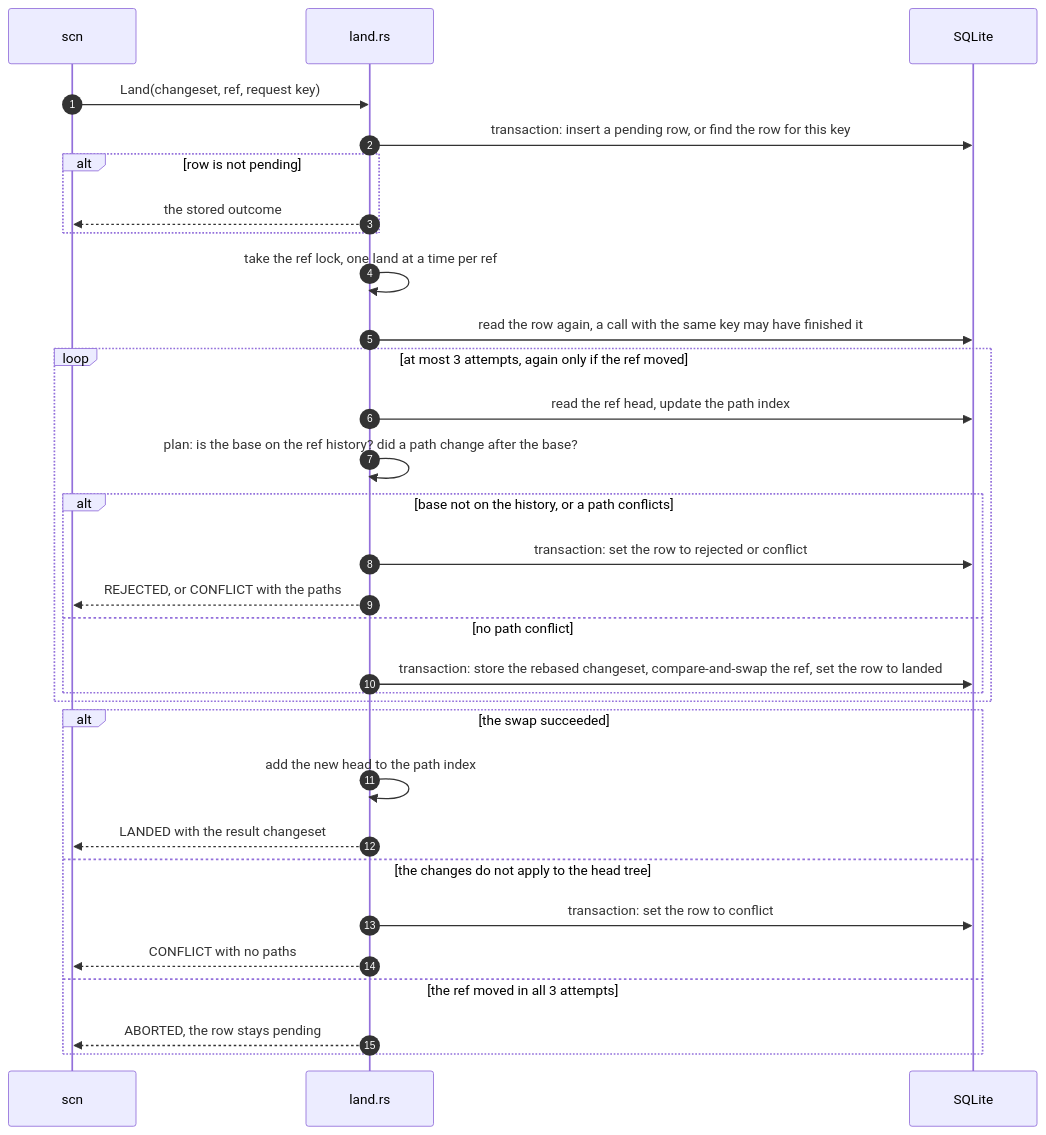
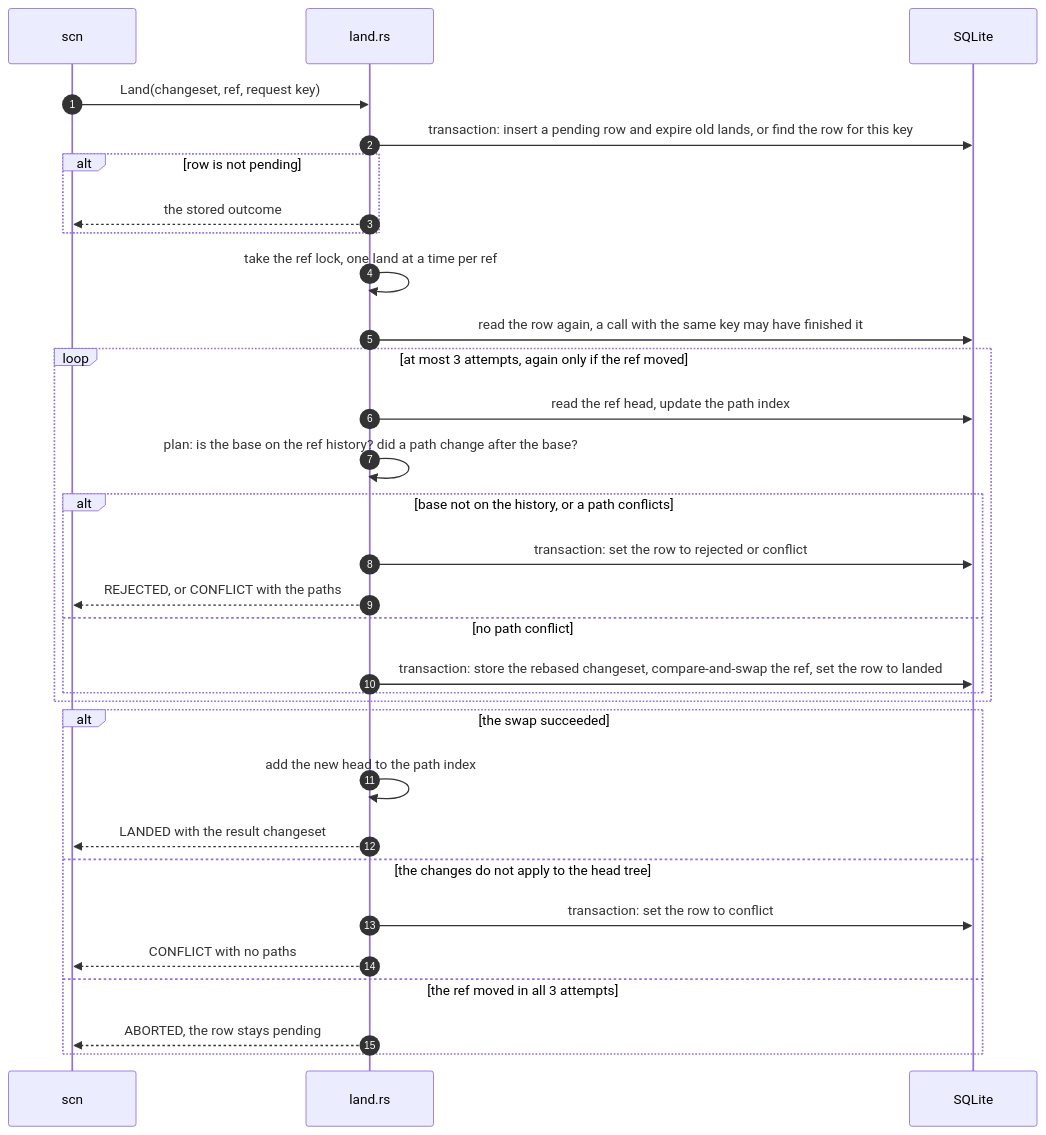
One commit to bnsd55/open-scion changed the third of 4 diagrams in docs/architecture.md. Above: the diagram before and after it, drawn with Mermaid. The commit also changed other lines of this file and 3 other files, not shown here.

````diff
--- a/docs/architecture.md
+++ b/docs/architecture.md
@@ -202,33 +204,33 @@
 ```mermaid
 sequenceDiagram
     autonumber
     participant A as scn
     participant L as land.rs
     participant DB as SQLite
     A->>L: Land(changeset, ref, request key)
-    L->>DB: transaction: insert a pending row, or find the row for this key
+    L->>DB: transaction: insert a pending row and expire old lands, or find the row for this key
     alt row is not pending
         L-->>A: the stored outcome
     end
     L->>L: take the ref lock, one land at a time per ref
     L->>DB: read the row again, a call with the same key may have finished it
     loop at most 3 attempts, again only if the ref moved
         L->>DB: read the ref head, update the path index
         L->>L: plan: is the base on the ref history? did a path change after the base?
         alt base not on the history, or a path conflicts
             L->>DB: transaction: set the row to rejected or conflict
             L-->>A: REJECTED, or CONFLICT with the paths
         else no path conflict
             L->>DB: transaction: store the rebased changeset, compare-and-swap the ref, set the row to landed
         end
     end
     alt the swap succeeded
         L->>L: add the new head to the path index
         L-->>A: LANDED with the result changeset
     else the changes do not apply to the head tree
         L->>DB: transaction: set the row to conflict
         L-->>A: CONFLICT with no paths
     else the ref moved in all 3 attempts
         L-->>A: ABORTED, the row stays pending
     end
 ```
````
